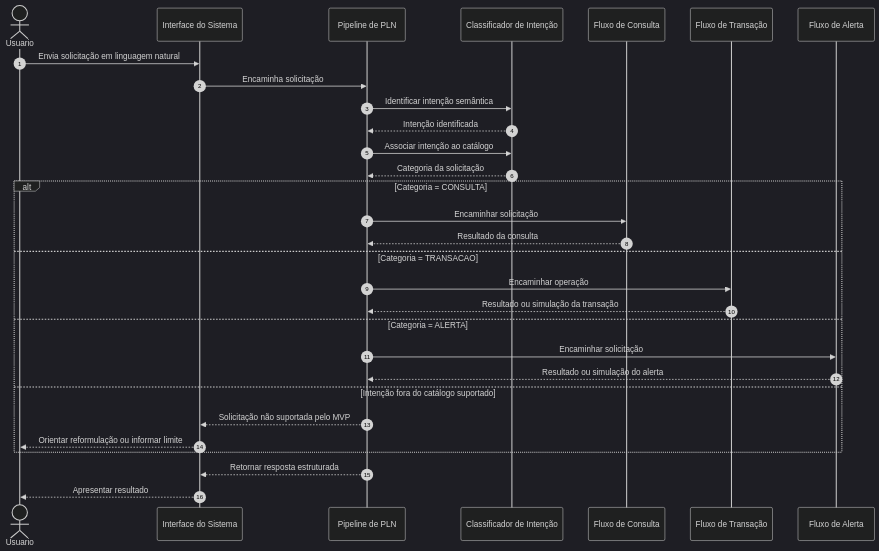
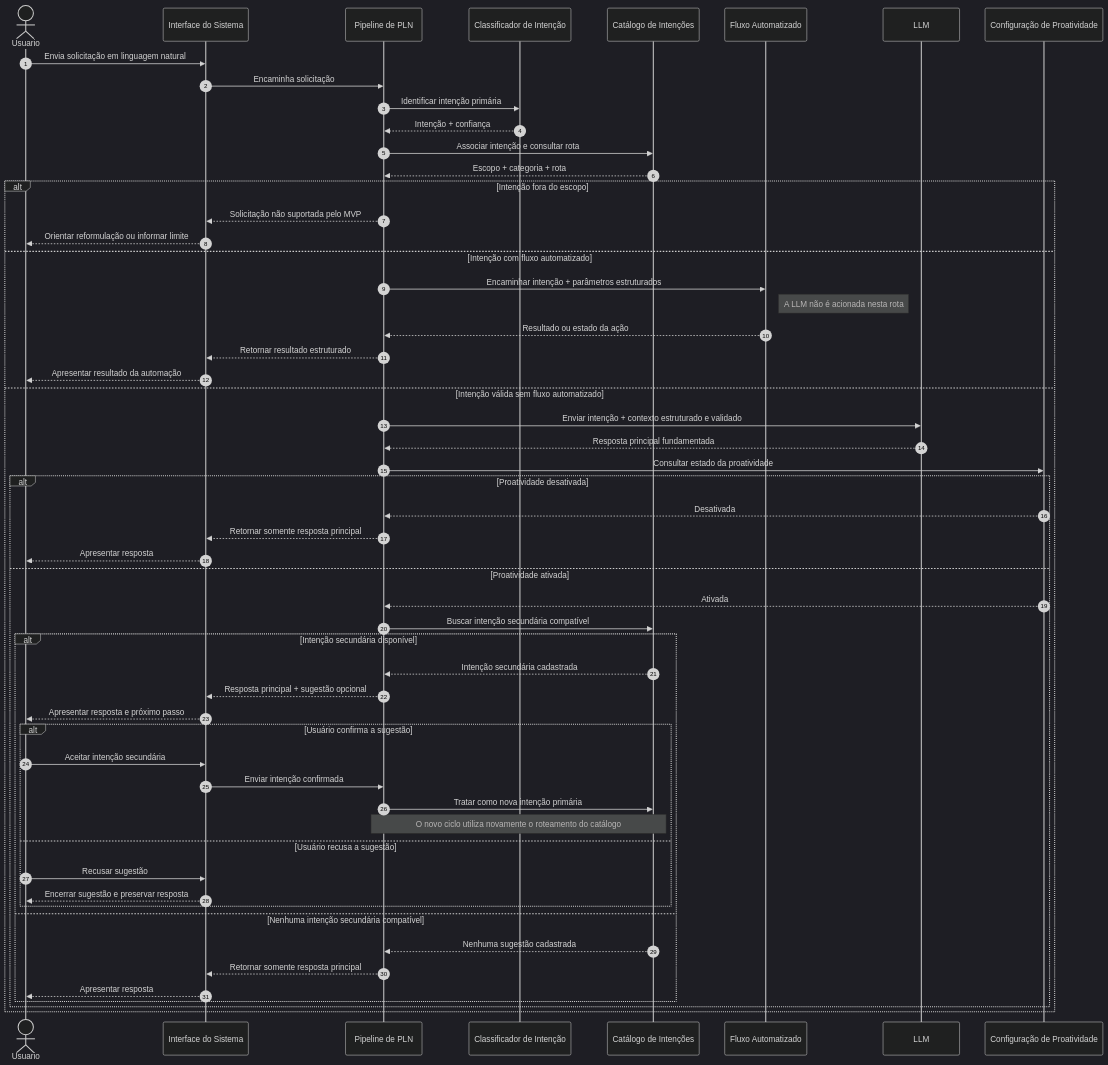
Before and after one commit to jjalmeidadev/oneshot: the fourth of 8 diagrams in docs/Projeto.md, drawn with Mermaid (dark theme). The commit also changed other lines of this file, not shown here.

````diff
--- a/docs/Projeto.md
+++ b/docs/Projeto.md
@@ -1627,41 +1725,71 @@
 ```mermaid
 sequenceDiagram
     autonumber
 
     actor Usuario
     participant Sistema as Interface do Sistema
     participant PLN as Pipeline de PLN
     participant Classificador as Classificador de Intenção
-    participant Consulta as Fluxo de Consulta
-    participant Transacao as Fluxo de Transação
-    participant Alerta as Fluxo de Alerta
+    participant Catalogo as Catálogo de Intenções
+    participant Automatizado as Fluxo Automatizado
+    participant LLM as LLM
+    participant Config as Configuração de Proatividade
 
     Usuario->>Sistema: Envia solicitação em linguagem natural
     Sistema->>PLN: Encaminha solicitação
 
-    PLN->>Classificador: Identificar intenção semântica
-    Classificador-->>PLN: Intenção identificada
+    PLN->>Classificador: Identificar intenção primária
+    Classificador-->>PLN: Intenção + confiança
 
-    PLN->>Classificador: Associar intenção ao catálogo
-    Classificador-->>PLN: Categoria da solicitação
+    PLN->>Catalogo: Associar intenção e consultar rota
+    Catalogo-->>PLN: Escopo + categoria + rota
 
-    alt Categoria = CONSULTA
-        PLN->>Consulta: Encaminhar solicitação
-        Consulta-->>PLN: Resultado da consulta
-
-    else Categoria = TRANSACAO
-        PLN->>Transacao: Encaminhar operação
-        Transacao-->>PLN: Resultado ou simulação da transação
-
-    else Categoria = ALERTA
-        PLN->>Alerta: Encaminhar solicitação
-        Alerta-->>PLN: Resultado ou simulação do alerta
-
-    else Intenção fora do catálogo suportado
+    alt Intenção fora do escopo
         PLN-->>Sistema: Solicitação não suportada pelo MVP
         Sistema-->>Usuario: Orientar reformulação ou informar limite
+
+    else Intenção com fluxo automatizado
+        PLN->>Automatizado: Encaminhar intenção + parâmetros estruturados
+        Note right of Automatizado: A LLM não é acionada nesta rota
+        Automatizado-->>PLN: Resultado ou estado da ação
+        PLN-->>Sistema: Retornar resultado estruturado
+        Sistema-->>Usuario: Apresentar resultado da automação
+
+    else Intenção válida sem fluxo automatizado
+        PLN->>LLM: Enviar intenção + contexto estruturado e validado
+        LLM-->>PLN: Resposta principal fundamentada
+        PLN->>Config: Consultar estado da proatividade
+
+        alt Proatividade desativada
+            Config-->>PLN: Desativada
+            PLN-->>Sistema: Retornar somente resposta principal
+            Sistema-->>Usuario: Apresentar resposta
+
+        else Proatividade ativada
+            Config-->>PLN: Ativada
+            PLN->>Catalogo: Buscar intenção secundária compatível
+
+            alt Intenção secundária disponível
+                Catalogo-->>PLN: Intenção secundária cadastrada
+                PLN-->>Sistema: Resposta principal + sugestão opcional
+                Sistema-->>Usuario: Apresentar resposta e próximo passo
+
+                alt Usuário confirma a sugestão
+                    Usuario->>Sistema: Aceitar intenção secundária
+                    Sistema->>PLN: Enviar intenção confirmada
+                    PLN->>Catalogo: Tratar como nova intenção primária
+                    Note over PLN,Catalogo: O novo ciclo utiliza novamente o roteamento do catálogo
+
+                else Usuário recusa a sugestão
+                    Usuario->>Sistema: Recusar sugestão
+                    Sistema-->>Usuario: Encerrar sugestão e preservar resposta
+                end
+
+            else Nenhuma intenção secundária compatível
+                Catalogo-->>PLN: Nenhuma sugestão cadastrada
+                PLN-->>Sistema: Retornar somente resposta principal
+                Sistema-->>Usuario: Apresentar resposta
+            end
+        end
     end
-
-    PLN-->>Sistema: Retornar resposta estruturada
-    Sistema-->>Usuario: Apresentar resultado
 ```
````
